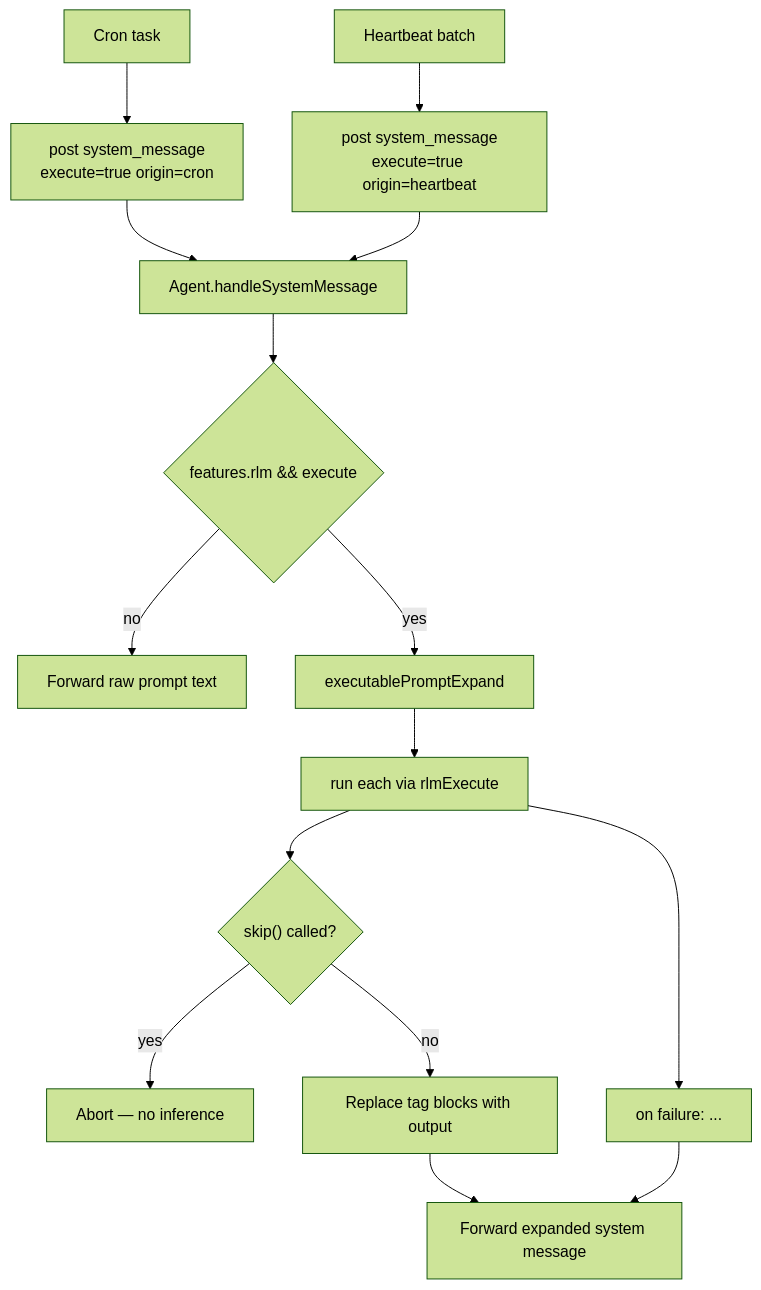
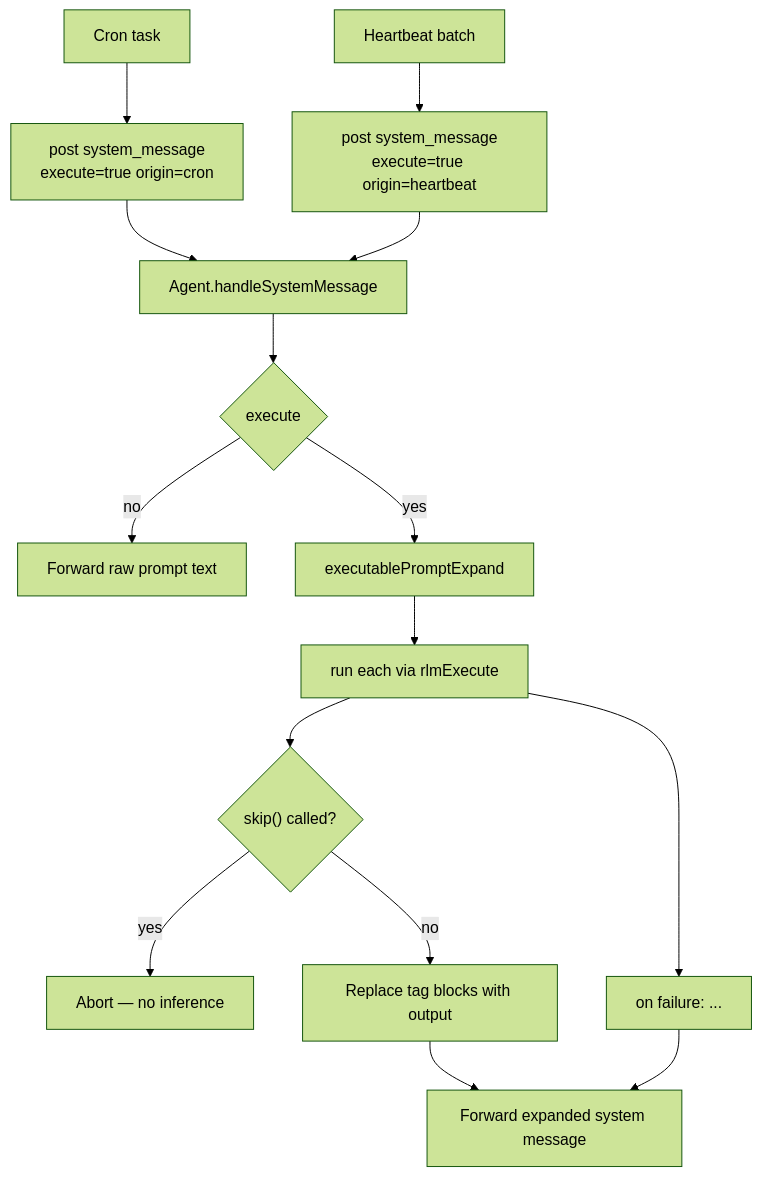
The diagram in doc/executable-prompts.md (ex3ndr/daycare), drawn with Mermaid (forest theme) before and after one commit. The commit also changed 56 other files, not shown here.

````diff
--- a/doc/executable-prompts.md
+++ b/doc/executable-prompts.md
@@ -7,17 +7,17 @@
 ```mermaid
 flowchart TD
   Cron[Cron task] --> PostCron["post system_message<br/>execute=true origin=cron"]
   Heartbeat[Heartbeat batch] --> PostHeartbeat["post system_message<br/>execute=true origin=heartbeat"]
   PostCron --> Agent[Agent.handleSystemMessage]
   PostHeartbeat --> Agent
-  Agent --> Gate{features.rlm && execute}
+  Agent --> Gate{execute}
   Gate -- no --> Raw[Forward raw prompt text]
   Gate -- yes --> Expand[executablePromptExpand]
   Expand --> Run["run each <run_python> via rlmExecute"]
   Run --> Skip{"skip() called?"}
   Skip -- yes --> Abort[Abort — no inference]
   Skip -- no --> Replace[Replace tag blocks with output]
   Run --> Error["on failure: <exec_error>...</exec_error>"]
   Replace --> Forward[Forward expanded system message]
   Error --> Forward
 ```
````
